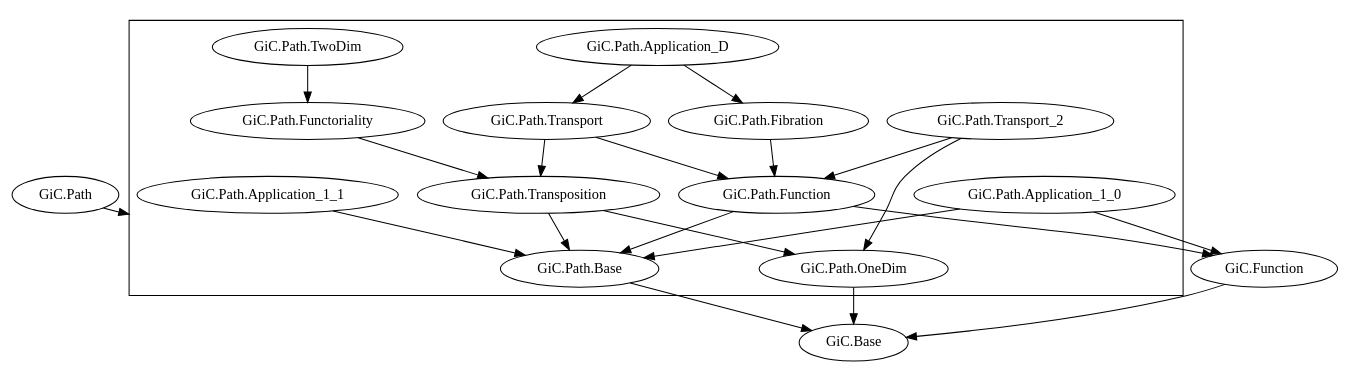
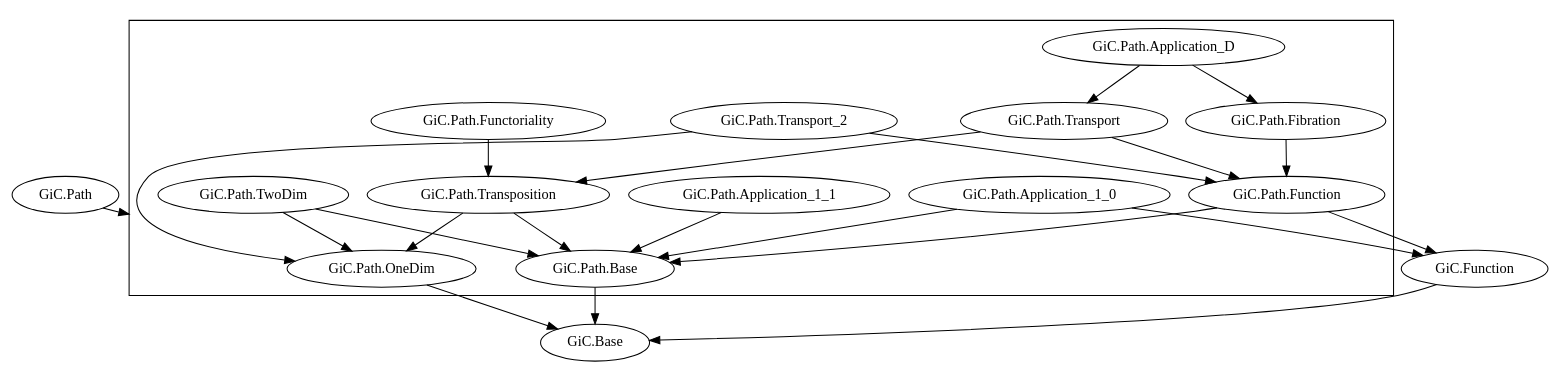
One commit to Hexirp/googology-in-coq changed the diagram in documents/libraries-tred.gv. Above: the diagram before and after it, drawn with Graphviz. The commit also changed 6 other files, not shown here.

First line of the commit message:
Update: Functoriality から OneDim へ単純な定理を移動させる

```diff
--- a/documents/libraries-tred.gv
+++ b/documents/libraries-tred.gv
@@ -1,68 +1,69 @@
 digraph dependency_graph_tred {
   compound = true;
 
   # GiC.Base
 
   # GiC.Function
   "GiC.Function" -> "GiC.Base";
 
   # GiC.Path.Base
   "GiC.Path.Base" -> "GiC.Base";
 
   # GiC.Path.Function
   "GiC.Path.Function" -> "GiC.Function";
   "GiC.Path.Function" -> "GiC.Path.Base";
 
   # GiC.Path.OneDim
   "GiC.Path.OneDim" -> "GiC.Base";
 
+  # GiC.Path.TwoDim
+  "GiC.Path.TwoDim" -> "GiC.Path.Base";
+  "GiC.Path.TwoDim" -> "GiC.Path.OneDim";
+
   # GiC.Path.Transposition
   "GiC.Path.Transposition" -> "GiC.Path.Base";
   "GiC.Path.Transposition" -> "GiC.Path.OneDim";
 
   # GiC.Path.Functoriality
   "GiC.Path.Functoriality" -> "GiC.Path.Transposition";
-
-  # GiC.Path.TwoDim
-  "GiC.Path.TwoDim" -> "GiC.Path.Functoriality";
 
   # GiC.Path.Application_1_0
   "GiC.Path.Application_1_0" -> "GiC.Function";
   "GiC.Path.Application_1_0" -> "GiC.Path.Base";
 
   # GiC.Path.Application_1_1
   "GiC.Path.Application_1_1" -> "GiC.Path.Base";
 
   # GiC.Path.Transport
   "GiC.Path.Transport" -> "GiC.Path.Function";
   "GiC.Path.Transport" -> "GiC.Path.Transposition";
 
   # GiC.Path.Fibration
   "GiC.Path.Fibration" -> "GiC.Path.Function";
 
   # GiC.Path.Transport_2
   "GiC.Path.Transport_2" -> "GiC.Path.Function";
   "GiC.Path.Transport_2" -> "GiC.Path.OneDim";
 
   # GiC.Path.Application_D
   "GiC.Path.Application_D" -> "GiC.Path.Transport";
   "GiC.Path.Application_D" -> "GiC.Path.Fibration";
 
   # GiC.Path
   subgraph cluster_GiC_Path {
     "GiC.Path.Base";
     "GiC.Path.Function";
     "GiC.Path.OneDim";
     "GiC.Path.TwoDim";
     "GiC.Path.Transposition";
     "GiC.Path.Functoriality";
     "GiC.Path.Application_1_0";
     "GiC.Path.Application_1_1";
     "GiC.Path.Transport";
     "GiC.Path.Fibration";
     "GiC.Path.Transport_2";
     "GiC.Path.Application_D";
   }
 
   "GiC.Path" -> "GiC.Path.Base" [lhead = cluster_GiC_Path];
 }
```
